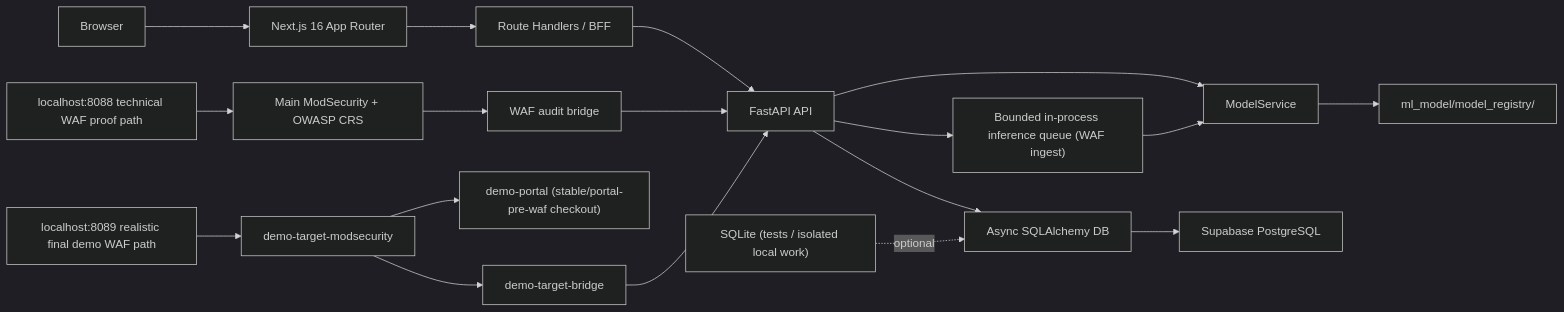
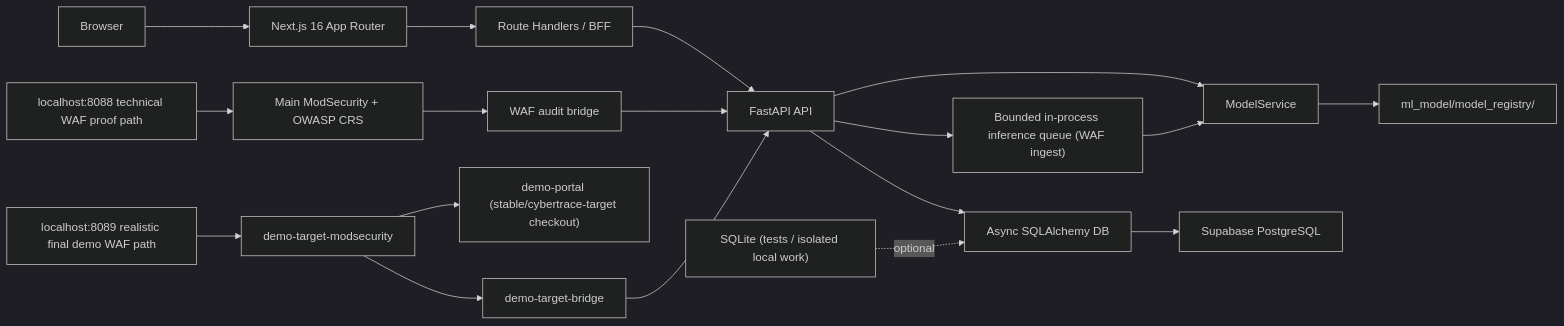
One commit to PooKYZZZ/injection-alert-system changed the diagram in docs/architecture.md. Above: the diagram before and after it, drawn with Mermaid (dark theme). The commit also changed other lines of this file and 9 other files, not shown here.

````diff
--- a/docs/architecture.md
+++ b/docs/architecture.md
@@ -9,21 +9,21 @@
 ```mermaid
 flowchart LR
     Browser["Browser"] --> Next["Next.js 16 App Router"]
     Next --> BFF["Route Handlers / BFF"]
     BFF --> FastAPI["FastAPI API"]
     FastAPI --> Model["ModelService"]
     FastAPI --> Queue["Bounded in-process inference queue (WAF ingest)"]
     Queue --> Model
     FastAPI --> DB["Async SQLAlchemy DB"]
     Model --> Registry["ml_model/model_registry/"]
     DB --> Supabase["Supabase PostgreSQL"]
 
     SQLite["SQLite (tests / isolated local work)"] -. optional .-> DB
     WAFProof["localhost:8088 technical WAF proof path"] --> ModSec["Main ModSecurity + OWASP CRS"]
     ModSec --> Bridge["WAF audit bridge"]
     Bridge --> FastAPI
     DemoWAF["localhost:8089 realistic final demo WAF path"] --> DemoModSec["demo-target-modsecurity"]
-    DemoModSec --> DemoTarget["demo-portal (stable/portal-pre-waf checkout)"]
+    DemoModSec --> DemoTarget["demo-portal (stable/cybertrace-target checkout)"]
     DemoModSec --> DemoBridge["demo-target-bridge"]
     DemoBridge --> FastAPI
 ```
````
